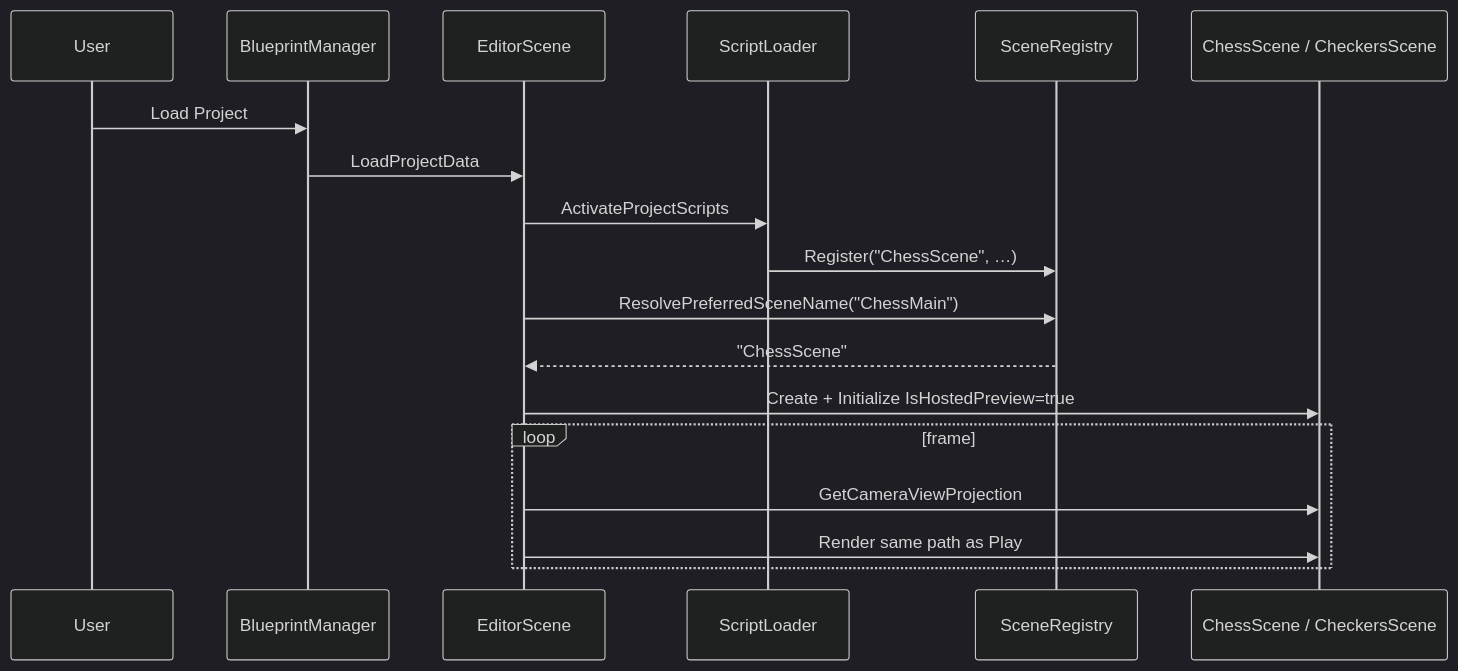
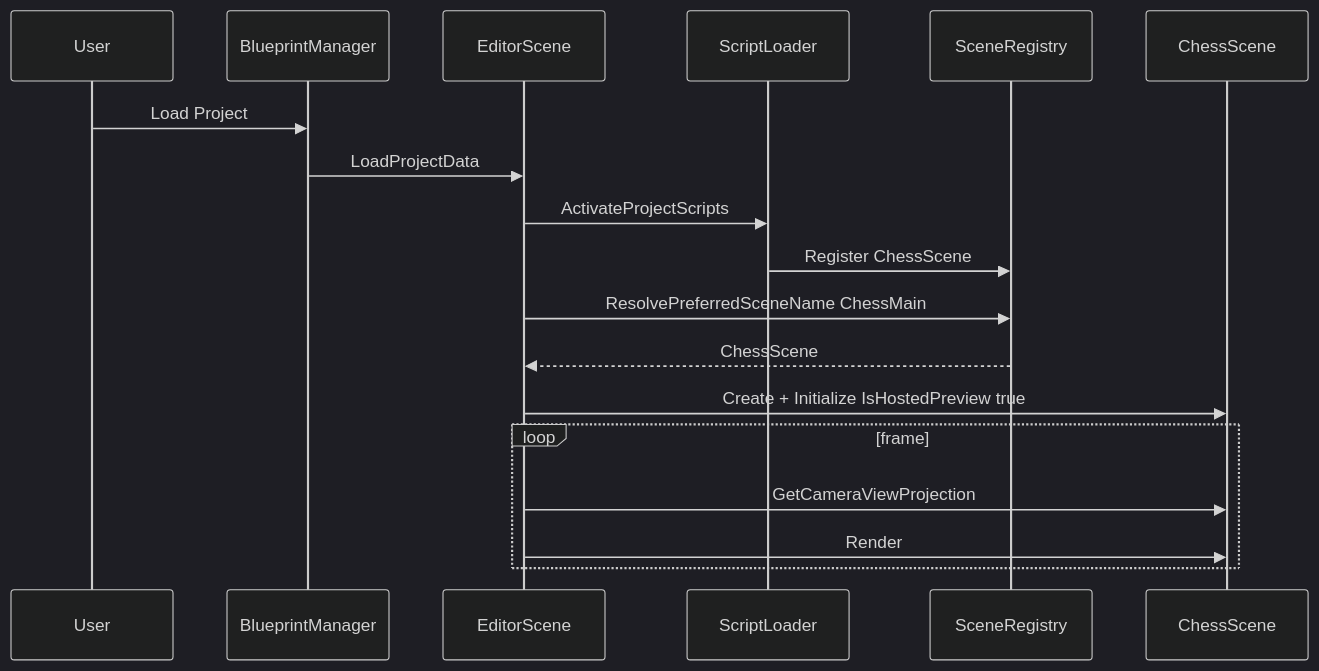
One commit to ireakhavok/Castle changed the fourth of 5 diagrams in docs/IDE.md. Above: the diagram before and after it, drawn with Mermaid. The commit also changed other lines of this file and 6 other files, not shown here.

````diff
--- a/docs/IDE.md
+++ b/docs/IDE.md
@@ -88,22 +84,22 @@
 ```mermaid
 %%{init: {'theme':'dark'}}%%
 sequenceDiagram
   participant User
   participant BM as BlueprintManager
   participant ES as EditorScene
   participant SL as ScriptLoader
   participant SR as SceneRegistry
-  participant CS as ChessScene / CheckersScene
+  participant CS as ChessScene
 
   User->>BM: Load Project
   BM->>ES: LoadProjectData
   ES->>SL: ActivateProjectScripts
-  SL->>SR: Register("ChessScene", …)
-  ES->>SR: ResolvePreferredSceneName("ChessMain")
-  SR-->>ES: "ChessScene"
-  ES->>CS: Create + Initialize IsHostedPreview=true
+  SL->>SR: Register ChessScene
+  ES->>SR: ResolvePreferredSceneName ChessMain
+  SR-->>ES: ChessScene
+  ES->>CS: Create + Initialize IsHostedPreview true
   loop frame
     ES->>CS: GetCameraViewProjection
-    ES->>CS: Render same path as Play
+    ES->>CS: Render
   end
 ```
````
